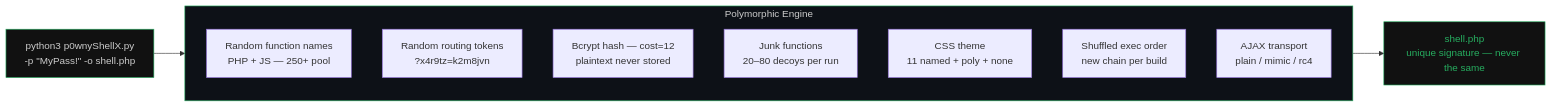
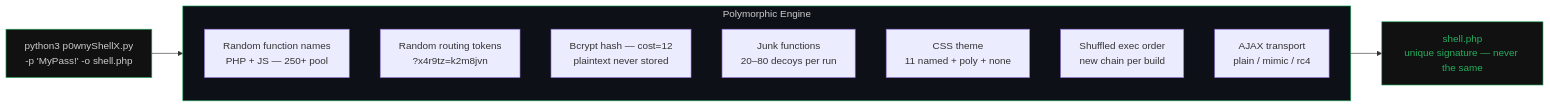
Before and after one commit to franckferman/p0wnyShellX: the diagram in README.md, drawn with Mermaid.

Commit message:
docs: fix mermaid diagram rendering on GitHub
GitHub decodes HTML entities before Mermaid parses the block, so &quot;
became a raw double quote inside the quoted node label and broke the
parser ('STR' error). Use single quotes inside labels and <br/> instead
of \n for line breaks.

````diff
--- a/README.md
+++ b/README.md
@@ -24,23 +24,23 @@
 ```mermaid
 flowchart LR
-    A["python3 p0wnyShellX.py\n-p &quot;MyPass!&quot; -o shell.php"]
+    A["python3 p0wnyShellX.py<br/>-p 'MyPass!' -o shell.php"]
 
     subgraph engine ["Polymorphic Engine"]
-        B1["Random function names\nPHP + JS — 250+ pool"]
-        B2["Random routing tokens\n?x4r9tz=k2m8jvn"]
-        B3["Bcrypt hash — cost=12\nplaintext never stored"]
-        B4["Junk functions\n20–80 decoys per run"]
-        B5["CSS theme\n11 named + poly + none"]
-        B6["Shuffled exec order\nnew chain per build"]
-        B7["AJAX transport\nplain / mimic / rc4"]
+        B1["Random function names<br/>PHP + JS — 250+ pool"]
+        B2["Random routing tokens<br/>?x4r9tz=k2m8jvn"]
+        B3["Bcrypt hash — cost=12<br/>plaintext never stored"]
+        B4["Junk functions<br/>20–80 decoys per run"]
+        B5["CSS theme<br/>11 named + poly + none"]
+        B6["Shuffled exec order<br/>new chain per build"]
+        B7["AJAX transport<br/>plain / mimic / rc4"]
     end
 
-    C["shell.php\nunique signature — never the same"]
+    C["shell.php<br/>unique signature — never the same"]
 
     A --> engine
     engine --> C
 
     style engine fill:#0d1117,stroke:#27ae60,color:#ccc
     style A fill:#111,stroke:#27ae60,color:#ccc
     style C fill:#111,stroke:#27ae60,color:#27ae60
 ```
````
